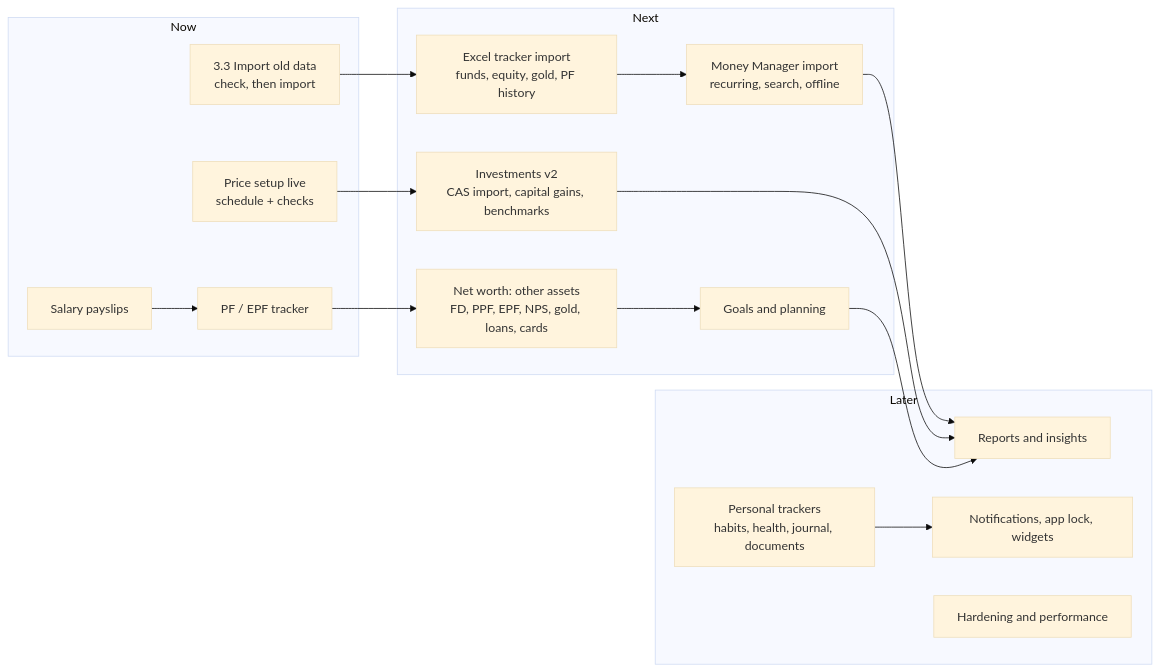
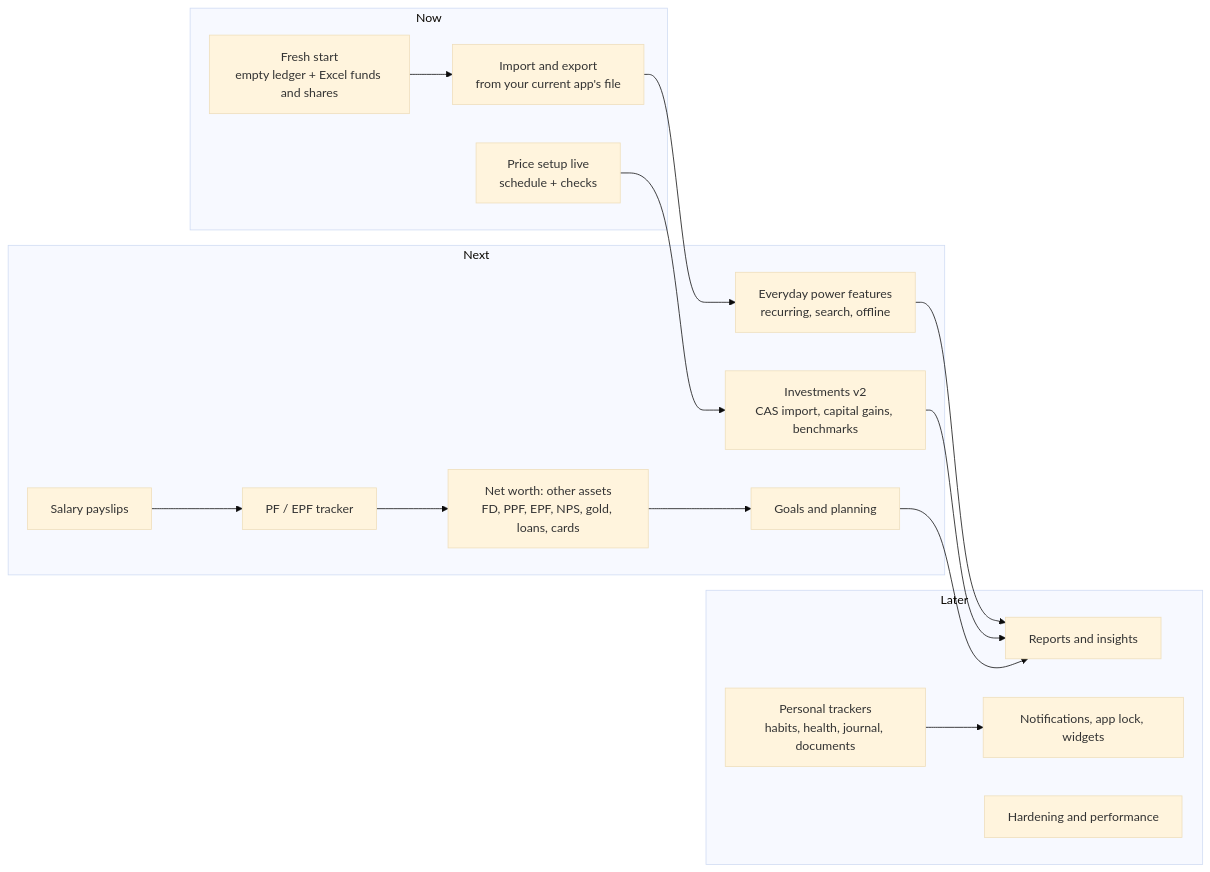
Before and after one commit to DEVABALAN-R/DEVABALAN: the diagram in docs/architecture/ROADMAP.md, drawn with Mermaid (base theme). The commit also changed other lines of this file and 24 other files, not shown here.

First line of the commit message:
Start from scratch: retire the old app's data instead of importing it

````diff
--- a/docs/architecture/ROADMAP.md
+++ b/docs/architecture/ROADMAP.md
@@ -29,27 +28,27 @@
 ```mermaid
 flowchart LR
   subgraph Now
-    A[3.3 Import old data<br/>check, then import]
+    A[Fresh start<br/>empty ledger + Excel funds and shares]
+    M[Import and export<br/>from your current app's file]
     B[Price setup live<br/>schedule + checks]
+  end
+  subgraph Next
     P[PF / EPF tracker]
     S[Salary payslips]
-  end
-  subgraph Next
-    X[Excel tracker import<br/>funds, equity, gold, PF history]
-    C[Money Manager import<br/>recurring, search, offline]
+    C[Everyday power features<br/>recurring, search, offline]
     D[Investments v2<br/>CAS import, capital gains, benchmarks]
     E[Net worth: other assets<br/>FD, PPF, EPF, NPS, gold, loans, cards]
     F[Goals and planning]
   end
   subgraph Later
     G[Reports and insights]
     H[Personal trackers<br/>habits, health, journal, documents]
     I[Notifications, app lock, widgets]
     J[Hardening and performance]
   end
-  A --> X --> C --> G
+  A --> M --> C --> G
   S --> P --> E
   B --> D --> G
   E --> F --> G
   H --> I
 ```
````
